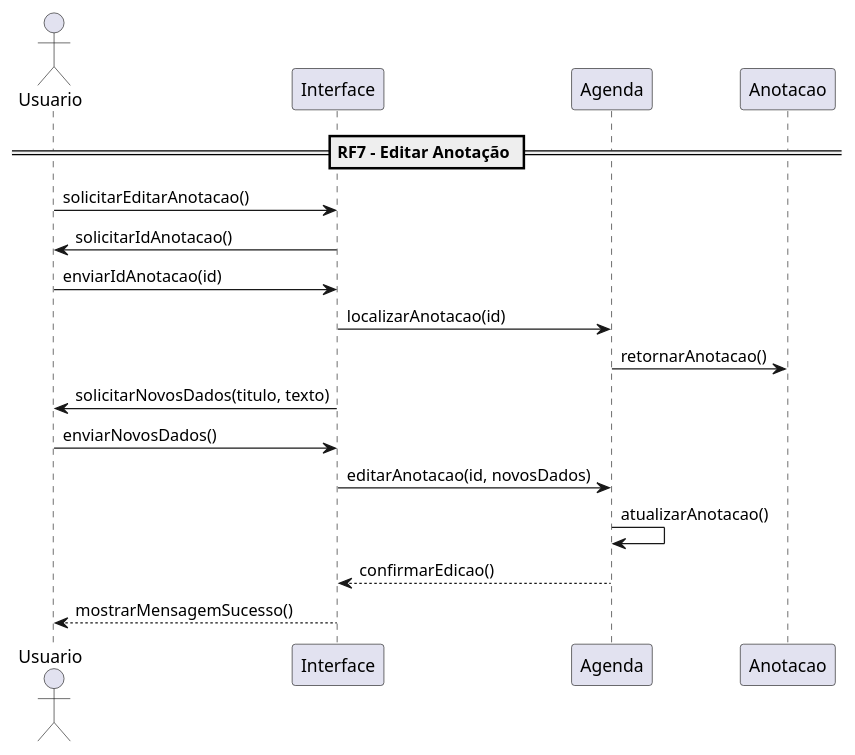
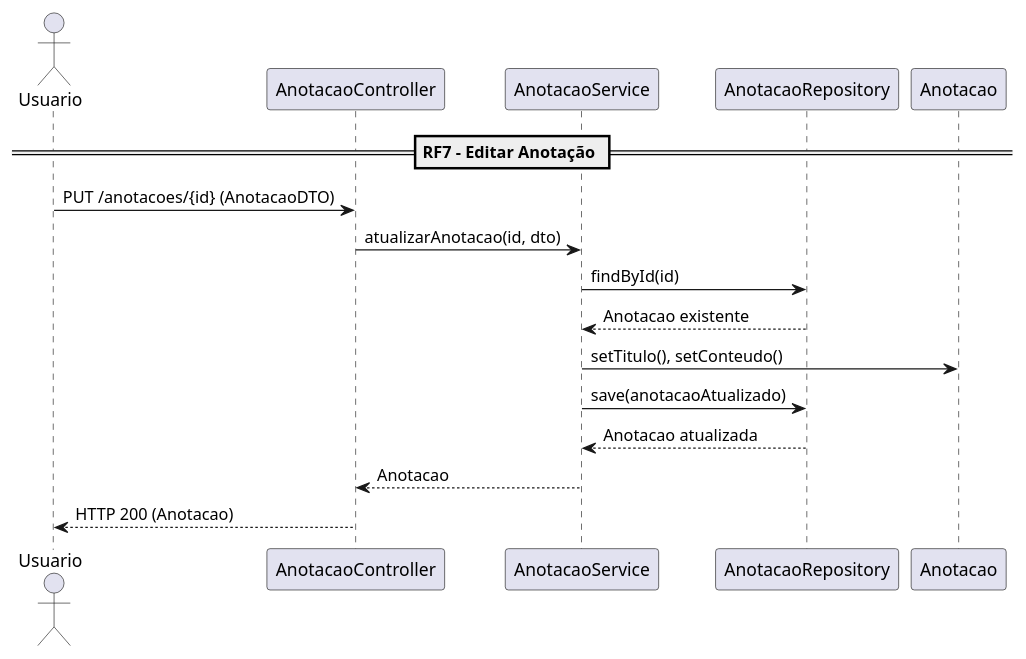
The seventh of 7 diagrams in diagrama.puml (rafaelontour/agenda_es), drawn with PlantUML before and after one commit. The commit also changed other lines of this file and 4 other files, not shown here.

```diff
--- a/diagrama.puml
+++ b/diagrama.puml
@@ -113,22 +130,18 @@
 @startuml
-' =======================================================
-' RF7 – Editar Anotação
-' =======================================================
 actor Usuario
-participant "Interface" as UI
-participant "Agenda" as Agenda
+participant "AnotacaoController" as AC
+participant "AnotacaoService" as AS
+participant "AnotacaoRepository" as AnR
 participant "Anotacao" as Anotacao
 
-== RF7 - Editar Anotação ==
-Usuario -> UI : solicitarEditarAnotacao()
-UI -> Usuario : solicitarIdAnotacao()
-Usuario -> UI : enviarIdAnotacao(id)
-UI -> Agenda : localizarAnotacao(id)
-Agenda -> Anotacao : retornarAnotacao()
-UI -> Usuario : solicitarNovosDados(titulo, texto)
-Usuario -> UI : enviarNovosDados()
-UI -> Agenda : editarAnotacao(id, novosDados)
-Agenda -> Agenda : atualizarAnotacao()
-Agenda --> UI : confirmarEdicao()
-UI --> Usuario : mostrarMensagemSucesso()
+== RF7 – Editar Anotação ==
+Usuario -> AC : PUT /anotacoes/{id} (AnotacaoDTO)
+AC -> AS : atualizarAnotacao(id, dto)
+AS -> AnR : findById(id)
+AnR --> AS : Anotacao existente
+AS -> Anotacao : setTitulo(), setConteudo()
+AS -> AnR : save(anotacaoAtualizado)
+AnR --> AS : Anotacao atualizada
+AS --> AC : Anotacao
+AC --> Usuario : HTTP 200 (Anotacao)
 @enduml
```
